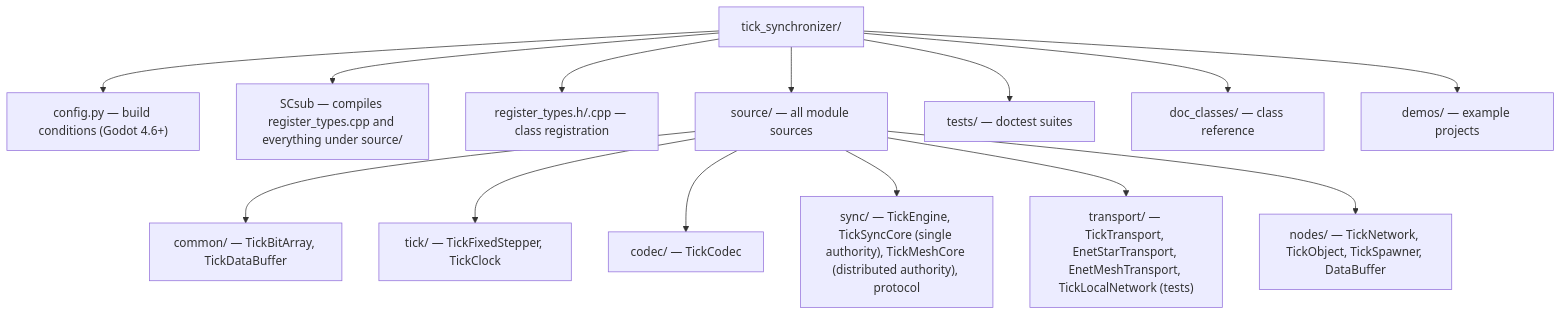
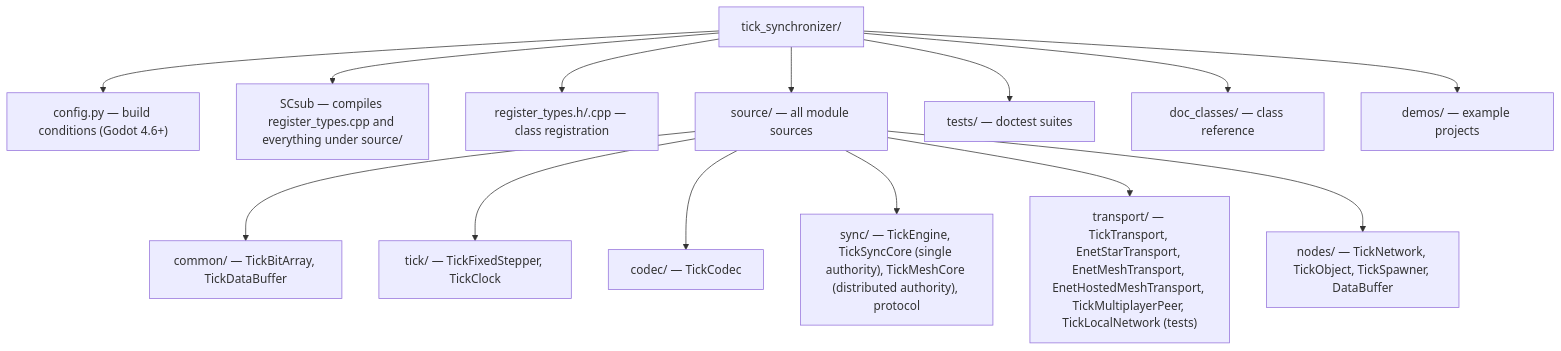
One commit to Malkverbena/TickSynchronizer changed the second of 2 diagrams in README.md. Above: the diagram before and after it, drawn with Mermaid. The commit also changed other lines of this file and 4 other files, not shown here.

````diff
--- a/README.md
+++ b/README.md
@@ -191,16 +254,16 @@
 ```mermaid
 flowchart TB
     m["tick_synchronizer/"] --> cfg["config.py — build conditions (Godot 4.6+)"]
     m --> scsub["SCsub — compiles register_types.cpp and everything under source/"]
     m --> reg["register_types.h/.cpp — class registration"]
     m --> src["source/ — all module sources"]
     src --> common["common/ — TickBitArray, TickDataBuffer"]
     src --> tick["tick/ — TickFixedStepper, TickClock"]
     src --> codec["codec/ — TickCodec"]
     src --> sync["sync/ — TickEngine, TickSyncCore (single authority), TickMeshCore (distributed authority), protocol"]
-    src --> transport["transport/ — TickTransport, EnetStarTransport, EnetMeshTransport, TickLocalNetwork (tests)"]
+    src --> transport["transport/ — TickTransport, EnetStarTransport, EnetMeshTransport, EnetHostedMeshTransport, TickMultiplayerPeer, TickLocalNetwork (tests)"]
     src --> nodes["nodes/ — TickNetwork, TickObject, TickSpawner, DataBuffer"]
     m --> tests["tests/ — doctest suites"]
     m --> docs["doc_classes/ — class reference"]
     m --> demos["demos/ — example projects"]
 ```
````
